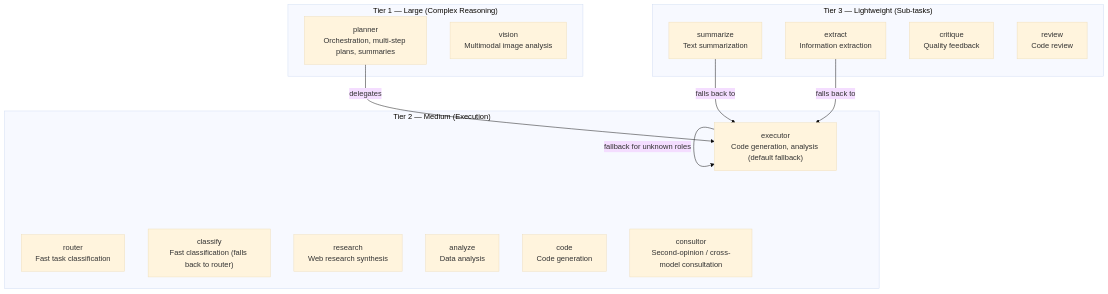
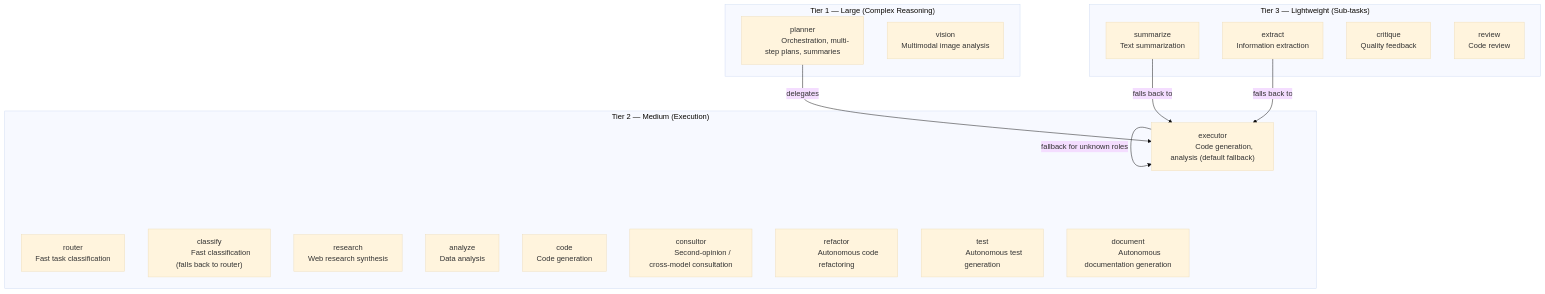
The second of 7 diagrams in docs/core/LLM.md (brunogcar/agent), drawn with Mermaid (base theme) before and after one commit. The commit also changed other lines of this file and 17 other files, not shown here.

````diff
--- a/docs/core/LLM.md
+++ b/docs/core/LLM.md
@@ -82,26 +93,45 @@
 ```mermaid
 graph TD
     subgraph "Tier 1 — Large (Complex Reasoning)"
-        PL["planner<br/>Orchestration, multi-step plans, summaries"]
-        VI["vision<br/>Multimodal image analysis"]
+        PL["planner
+            Orchestration, multi-step plans, summaries"]
+        VI["vision
+            Multimodal image analysis"]
     end
     subgraph "Tier 2 — Medium (Execution)"
-        EX["executor<br/>Code generation, analysis (default fallback)"]
-        RO["router<br/>Fast task classification"]
-        CL["classify<br/>Fast classification (falls back to router)"]
-        RE["research<br/>Web research synthesis"]
-        AN["analyze<br/>Data analysis"]
-        CO["code<br/>Code generation"]
-        CN["consultor<br/>Second-opinion / cross-model consultation"]
+        EX["executor
+            Code generation, analysis (default fallback)"]
+        RO["router
+            Fast task classification"]
+        CL["classify
+            Fast classification (falls back to router)"]
+        RE["research
+            Web research synthesis"]
+        AN["analyze
+            Data analysis"]
+        CO["code
+            Code generation"]
+        CN["consultor
+            Second-opinion / cross-model consultation"]
+        RF["refactor
+            Autonomous code refactoring"]
+        TE["test
+            Autonomous test generation"]
+        DO["document
+            Autonomous documentation generation"]
     end
     subgraph "Tier 3 — Lightweight (Sub-tasks)"
-        SU["summarize<br/>Text summarization"]
-        ET["extract<br/>Information extraction"]
-        CR["critique<br/>Quality feedback"]
-        RV["review<br/>Code review"]
+        SU["summarize
+            Text summarization"]
+        ET["extract
+            Information extraction"]
+        CR["critique
+            Quality feedback"]
+        RV["review
+            Code review"]
     end
     PL -->|delegates| EX
     EX -->|fallback for unknown roles| EX
     SU -->|falls back to| EX
     ET -->|falls back to| EX
 ```
````
